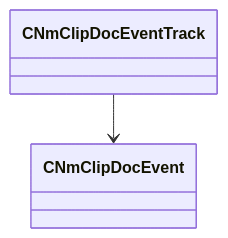
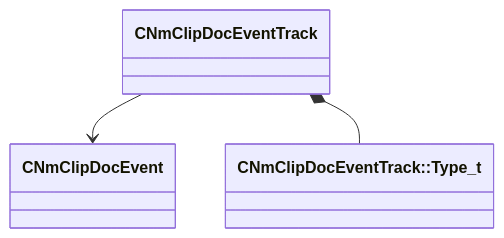
Before and after one commit to CS2OpenDev/CS2OpenDev-Docs: the diagram in docs/generated/schemas/animdoclib/CNmClipDocEventTrack.md, drawn with Mermaid. The commit also changed other lines of this file and 4525 other files, not shown here.

````diff
--- a/docs/generated/schemas/animdoclib/CNmClipDocEventTrack.md
+++ b/docs/generated/schemas/animdoclib/CNmClipDocEventTrack.md
@@ -15,4 +17,5 @@
 ```mermaid
 classDiagram
     CNmClipDocEventTrack --> CNmClipDocEvent
+    CNmClipDocEventTrack *-- `CNmClipDocEventTrack::Type_t`
 ```
````
